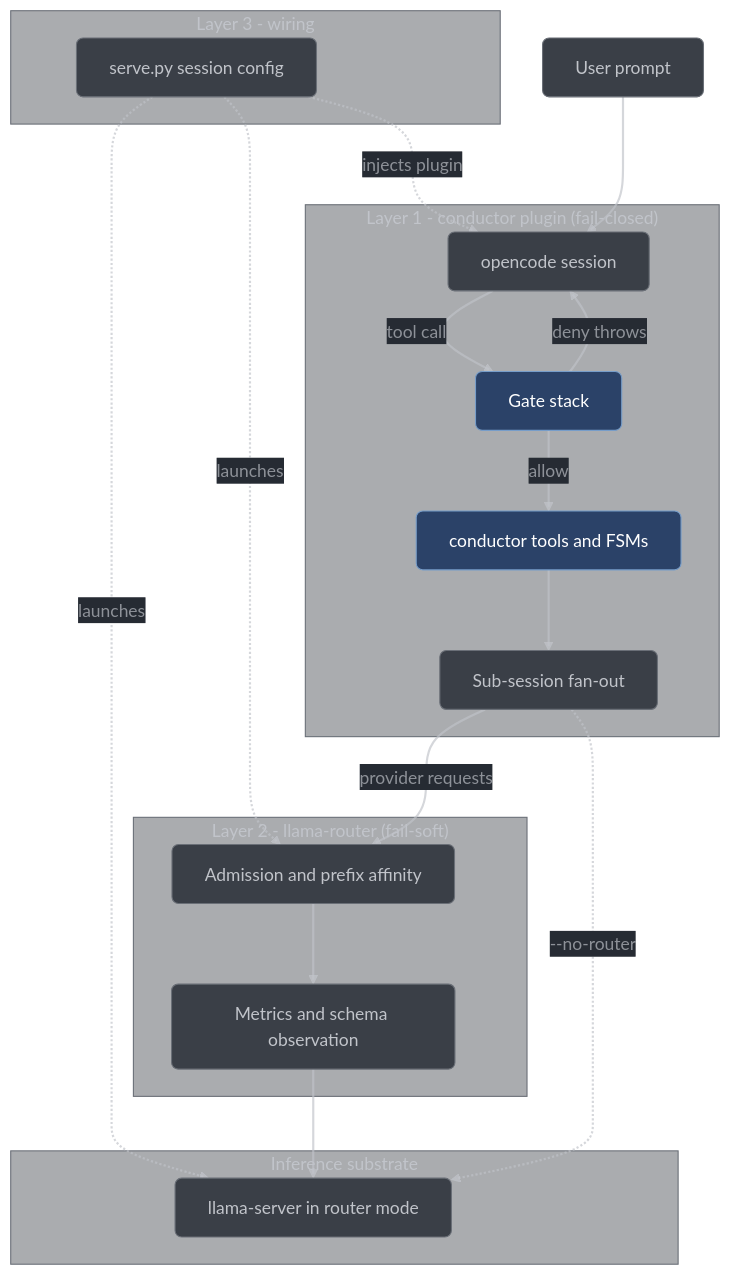
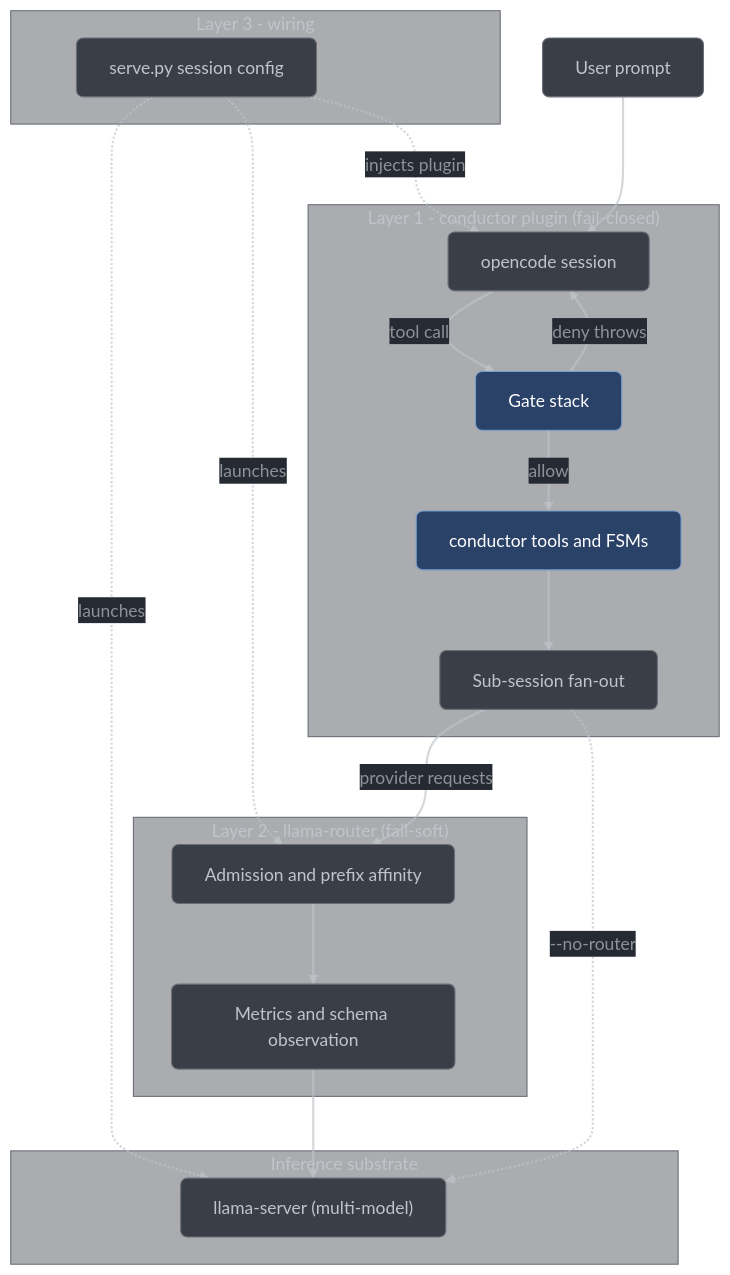
Before and after one commit to vorlac/llama-harness: the diagram in README.md, drawn with Mermaid. The commit also changed other lines of this file and 44 other files, not shown here.

Commit message:
global repo docs sync, corrections, added coverage/explanations, drift corrections, diagram layout improvements, etc

````diff
--- a/README.md
+++ b/README.md
@@ -71,71 +70,71 @@
 ```mermaid
 ---
 config:
     theme: 'base'
     curve: 'straight'
     themeVariables:
         darkMode: true
         clusterBkg: '#22272f62'
         clusterBorder: '#6a6f77ff'
         clusterTextColor: '#C1C4CAff'
         lineColor: '#C1C4CAAA'
         background: '#262B33'
         primaryColor: '#3a3f47ff'
         primaryTextColor: '#C1C4CAff'
         primaryBorderColor: '#6a6f77ff'
         primaryLabelBkg: '#262B33'
         secondaryColor: '#425f5fff'
         secondaryBorderColor: '#8c9c81ff'
         secondaryTextColor: '#C1C4CAff'
         tertiaryColor: '#4d4962ff'
         tertiaryBorderColor: '#8983a5ff'
         tertiaryTextColor: '#C1C4CAff'
         nodeTextColor: '#C1C4CA'
         defaultLinkColor: '#C1C4CA'
         edgeLabelBackground: '#262B33'
         labelTextColor: '#C1C4CA'
 ---
 flowchart TD
     U["User prompt"]
 
     subgraph L1["Layer 1 - conductor plugin (fail-closed)"]
         S["opencode session"]
         G["Gate stack"]
         T["conductor tools and FSMs"]
         F["Sub-session fan-out"]
     end
 
     subgraph L2["Layer 2 - llama-router (fail-soft)"]
         R["Admission and prefix affinity"]
         O["Metrics and schema observation"]
     end
 
     subgraph L3["Layer 3 - wiring"]
         W["serve.py session config"]
     end
 
     subgraph INF["Inference substrate"]
-        LS["llama-server in router mode"]
+        LS["llama-server (multi-model)"]
     end
 
     W -.->|"injects plugin"| S
     W -.->|"launches"| R
     W -.->|"launches"| LS
     U --> S
     S -->|"tool call"| G
     G -->|"deny throws"| S
     G -->|"allow"| T
     T --> F
     F -->|"provider requests"| R
     R --> O
     O --> LS
     F -.->|"--no-router"| LS
 
     linkStyle default stroke:#C1C4CAaa,stroke-width:2px,color:#C1C4CAaa
 
     classDef neutral fill:#3a3f47,stroke:#6a6f77,color:#C1C4CA,rx:6,ry:6
     classDef accent  fill:#2b4268,stroke:#779DC9,color:#ffffff,rx:6,ry:6
 
     class U,S,F,R,O,LS,W neutral
     class G,T accent
 ```
````
